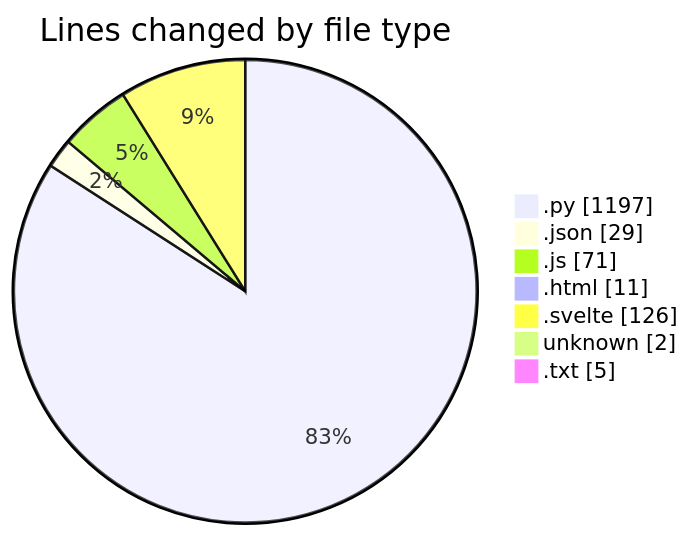
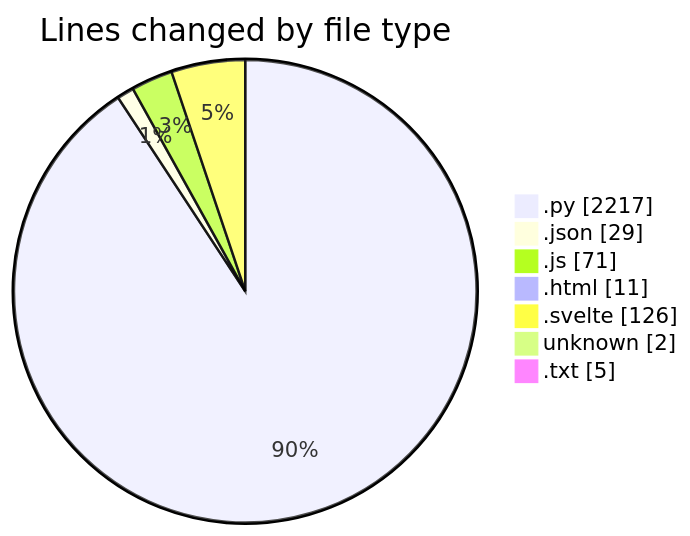
The first of 2 diagrams in 2025-07-10/toolsopenemalpass/README.md (lephambinh05/code-tracking), drawn with Mermaid before and after one commit. The commit also changed other lines of this file and 1 other file, not shown here.

````diff
--- a/2025-07-10/toolsopenemalpass/README.md
+++ b/2025-07-10/toolsopenemalpass/README.md
@@ -49,11 +49,11 @@
 ```mermaid
 pie showData
 title Lines changed by file type
-".py" : 1197
+".py" : 2217
 ".json" : 29
 ".js" : 71
 ".html" : 11
 ".svelte" : 126
 "unknown" : 2
 ".txt" : 5
 ```
````
